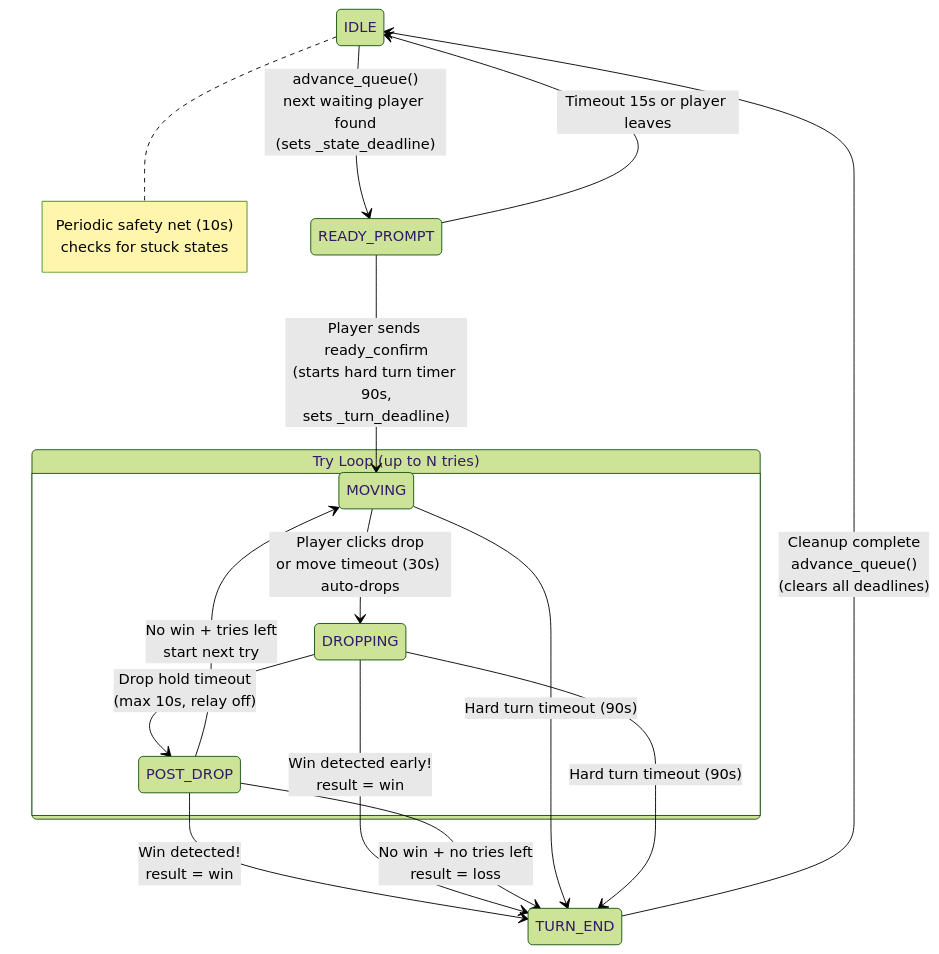
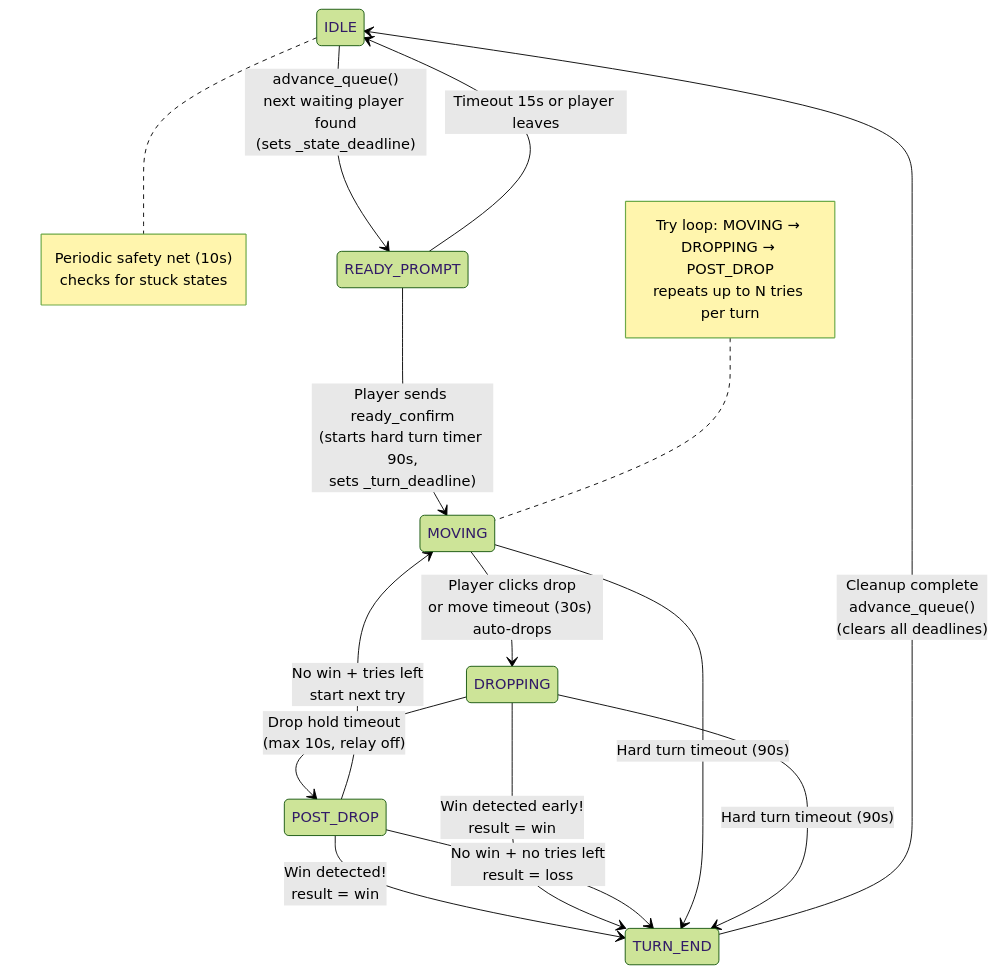
The third of 12 diagrams in docs/queue-flow.md (morroware/ECLAW), drawn with Mermaid (forest theme) before and after one commit. The commit also changed other lines of this file and 4 other files, not shown here.

First line of the commit message:
Clean up project docs: remove dev artifacts, fix Mermaid diagrams, update URLs

````diff
--- a/docs/queue-flow.md
+++ b/docs/queue-flow.md
@@ -150,28 +150,30 @@
 ```mermaid
 stateDiagram-v2
     direction TB
 
     IDLE --> READY_PROMPT : advance_queue()<br/>next waiting player found<br/>(sets _state_deadline)
 
     READY_PROMPT --> MOVING : Player sends ready_confirm<br/>(starts hard turn timer 90s,<br/>sets _turn_deadline)
     READY_PROMPT --> IDLE : Timeout 15s or player leaves
 
-    state "Try Loop (up to N tries)" as TryLoop {
-        MOVING --> DROPPING : Player clicks drop<br/>or move timeout (30s) auto-drops
-        DROPPING --> POST_DROP : Drop hold timeout<br/>(max 10s, relay off)
-        POST_DROP --> MOVING : No win + tries left<br/>start next try
-    }
+    MOVING --> DROPPING : Player clicks drop<br/>or move timeout (30s) auto-drops
+    DROPPING --> POST_DROP : Drop hold timeout<br/>(max 10s, relay off)
+    POST_DROP --> MOVING : No win + tries left<br/>start next try
 
     POST_DROP --> TURN_END : Win detected!<br/>result = win
     DROPPING --> TURN_END : Win detected early!<br/>result = win
     POST_DROP --> TURN_END : No win + no tries left<br/>result = loss
     MOVING --> TURN_END : Hard turn timeout (90s)
     DROPPING --> TURN_END : Hard turn timeout (90s)
 
     TURN_END --> IDLE : Cleanup complete<br/>advance_queue()<br/>(clears all deadlines)
 
     note right of IDLE
         Periodic safety net (10s)
         checks for stuck states
     end note
+    note left of MOVING
+        Try loop: MOVING → DROPPING → POST_DROP
+        repeats up to N tries per turn
+    end note
 ```
````
